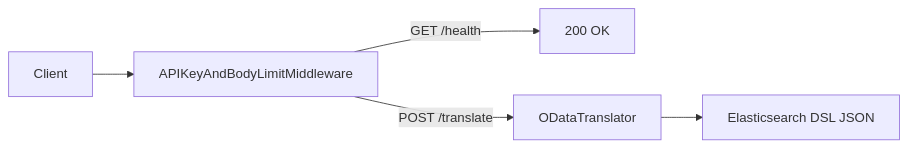
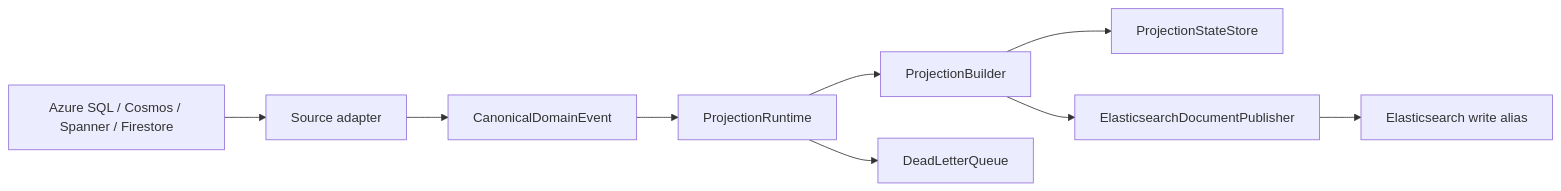
One commit to adarch-gif/unified_modernization_platform changed the first of 2 diagrams in DEVELOPER_GUIDE.md. Above: the diagram before and after it, drawn with Mermaid. The commit also changed other lines of this file and 6 other files, not shown here.

````diff
--- a/DEVELOPER_GUIDE.md
+++ b/DEVELOPER_GUIDE.md
@@ -1418,7 +156,11 @@
 ```mermaid
 flowchart LR
-    Client["Client"] --> Middleware["APIKeyAndBodyLimitMiddleware"]
-    Middleware -->|GET /health| Health["200 OK"]
-    Middleware -->|POST /translate| Translator["ODataTranslator"]
-    Translator --> DSL["Elasticsearch DSL JSON"]
+    Source["Azure SQL / Cosmos / Spanner / Firestore"] --> Adapter["Source adapter"]
+    Adapter --> Event["CanonicalDomainEvent"]
+    Event --> Runtime["ProjectionRuntime"]
+    Runtime --> Builder["ProjectionBuilder"]
+    Builder --> Store["ProjectionStateStore"]
+    Builder --> Publisher["ElasticsearchDocumentPublisher"]
+    Publisher --> Elastic["Elasticsearch write alias"]
+    Runtime --> DLQ["DeadLetterQueue"]
 ```
````
